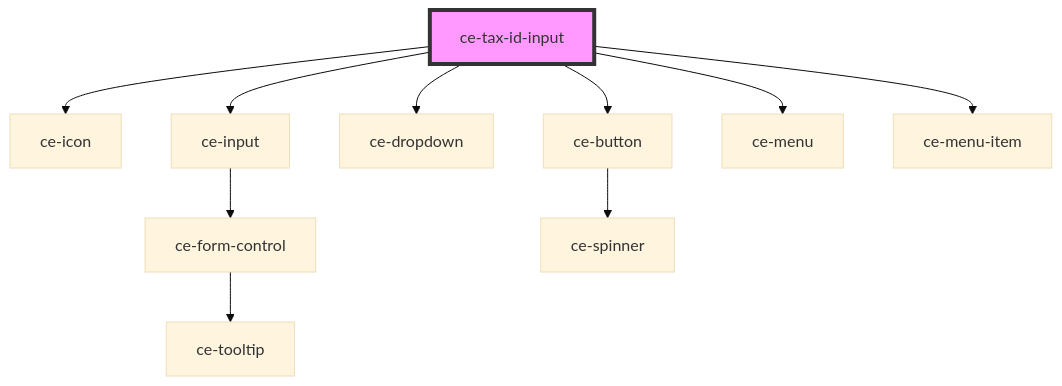
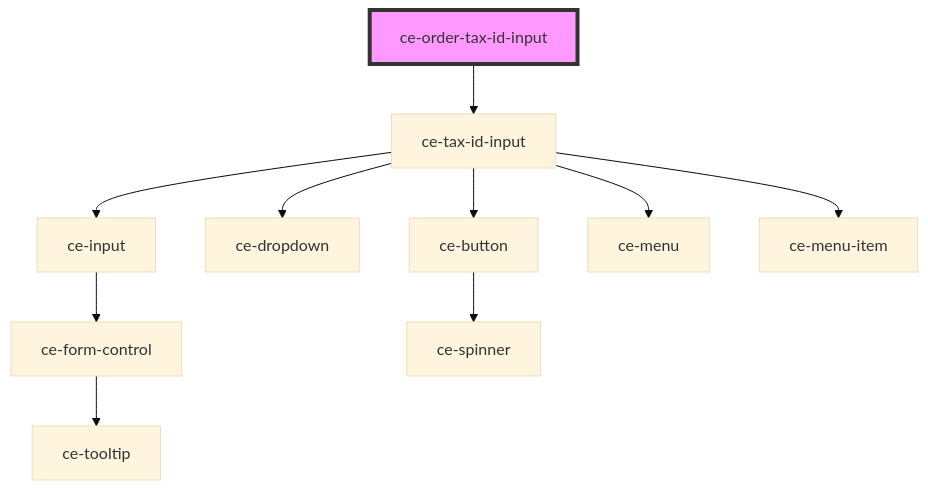
The diagram in packages/components/src/components/controllers/order-tax-id-input/readme.md (surecart/surecart-wp-plugin), drawn with Mermaid (base theme) before and after one commit. The commit also changed other lines of this file and 27 other files, not shown here.

````diff
--- a/packages/components/src/components/controllers/order-tax-id-input/readme.md
+++ b/packages/components/src/components/controllers/order-tax-id-input/readme.md
@@ -30,13 +30,13 @@
 ```mermaid
 graph TD;
-  ce-tax-id-input --> ce-icon
+  ce-order-tax-id-input --> ce-tax-id-input
   ce-tax-id-input --> ce-input
   ce-tax-id-input --> ce-dropdown
   ce-tax-id-input --> ce-button
   ce-tax-id-input --> ce-menu
   ce-tax-id-input --> ce-menu-item
   ce-input --> ce-form-control
   ce-form-control --> ce-tooltip
   ce-button --> ce-spinner
-  style ce-tax-id-input fill:#f9f,stroke:#333,stroke-width:4px
+  style ce-order-tax-id-input fill:#f9f,stroke:#333,stroke-width:4px
 ```
````
